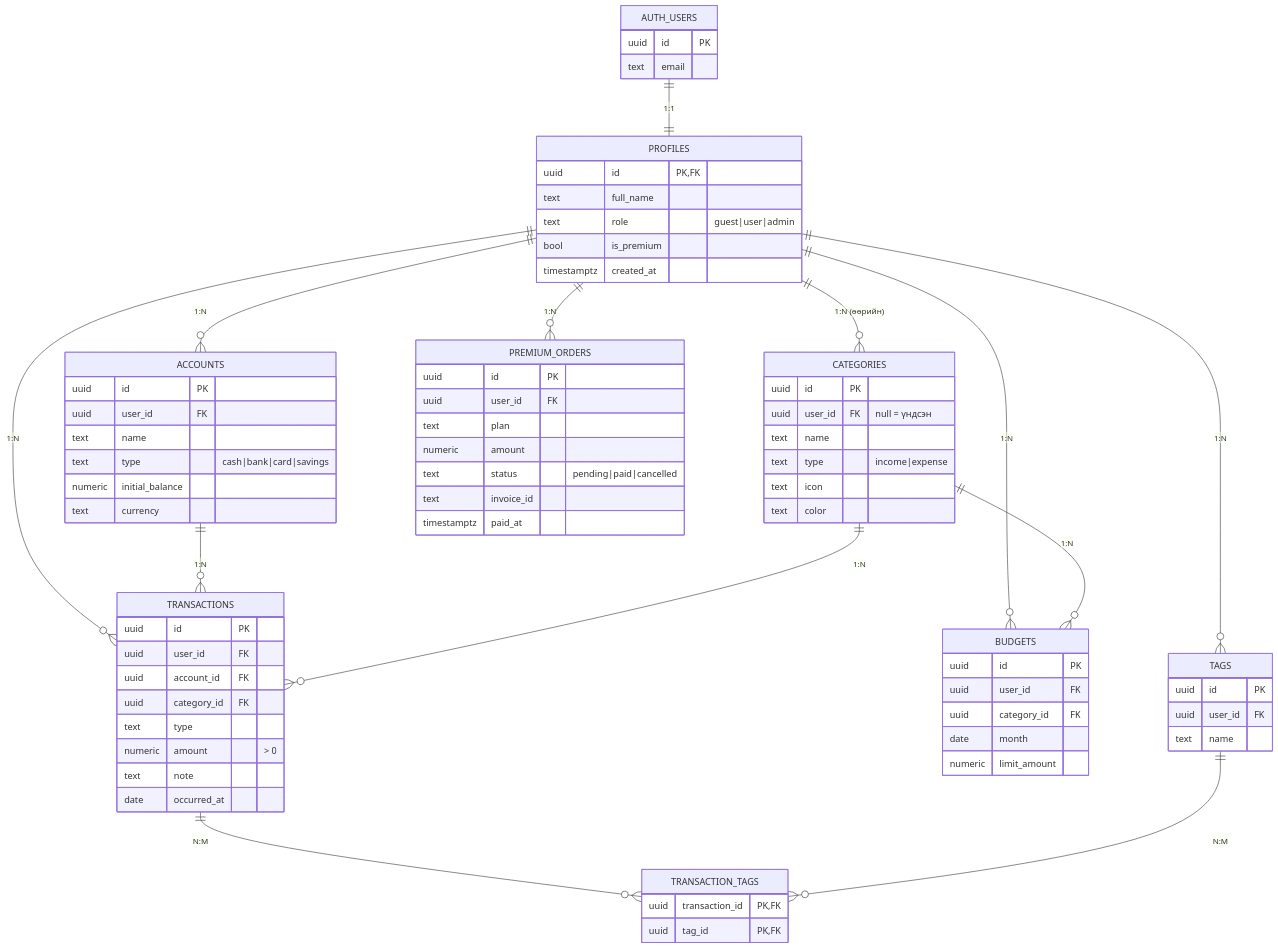
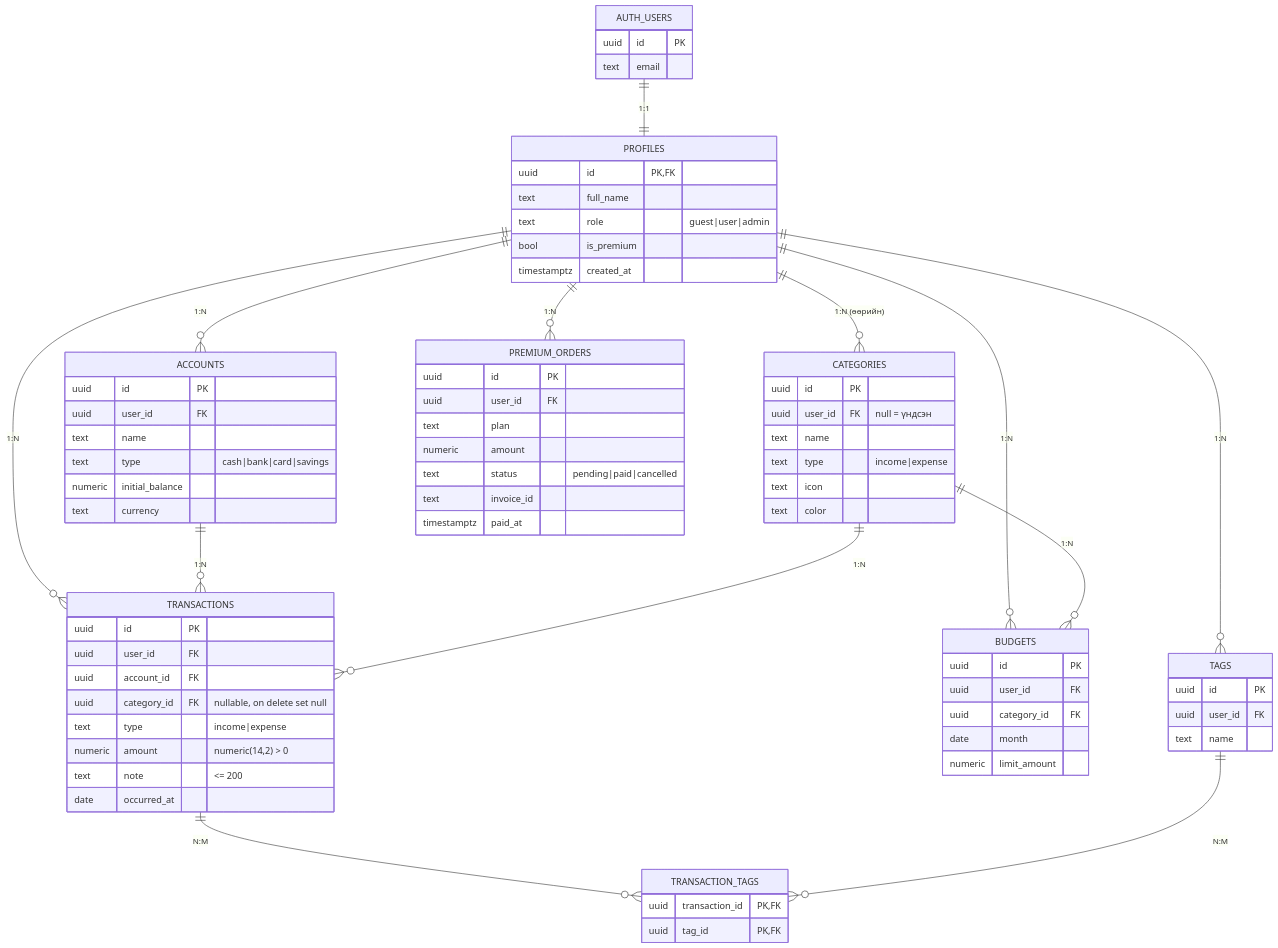
Before and after one commit to giikhnaranbattulga7-ship-i/finance-app-supabase: the diagram in docs/diagrams/erd.mmd, drawn with Mermaid. The commit also changed 6 other files, not shown here.

```diff
--- a/docs/diagrams/erd.mmd
+++ b/docs/diagrams/erd.mmd
@@ -1,57 +1,61 @@
+%% Authoritative source: supabase/schema.sql on this branch. Not a live-database export.
+%% 8 tables. account_balances is a security_invoker VIEW, not a ninth table.
+%% budgets.month is date (first day of the month). No statement_imports.
+%% premium_orders is schema only. It is not a working payment flow.
 erDiagram
   AUTH_USERS ||--|| PROFILES : "1:1"
   PROFILES ||--o{ ACCOUNTS : "1:N"
   PROFILES ||--o{ CATEGORIES : "1:N (өөрийн)"
   PROFILES ||--o{ TRANSACTIONS : "1:N"
   PROFILES ||--o{ BUDGETS : "1:N"
   PROFILES ||--o{ TAGS : "1:N"
   PROFILES ||--o{ PREMIUM_ORDERS : "1:N"
   ACCOUNTS ||--o{ TRANSACTIONS : "1:N"
   CATEGORIES ||--o{ TRANSACTIONS : "1:N"
   CATEGORIES ||--o{ BUDGETS : "1:N"
   TRANSACTIONS ||--o{ TRANSACTION_TAGS : "N:M"
   TAGS ||--o{ TRANSACTION_TAGS : "N:M"
   AUTH_USERS { uuid id PK
     text email }
   PROFILES { uuid id PK,FK
     text full_name
     text role "guest|user|admin"
     bool is_premium
     timestamptz created_at }
   ACCOUNTS { uuid id PK
     uuid user_id FK
     text name
     text type "cash|bank|card|savings"
     numeric initial_balance
     text currency }
   CATEGORIES { uuid id PK
     uuid user_id FK "null = үндсэн"
     text name
     text type "income|expense"
     text icon
     text color }
   TRANSACTIONS { uuid id PK
     uuid user_id FK
     uuid account_id FK
-    uuid category_id FK
-    text type
-    numeric amount "> 0"
-    text note
+    uuid category_id FK "nullable, on delete set null"
+    text type "income|expense"
+    numeric amount "numeric(14,2) > 0"
+    text note "<= 200"
     date occurred_at }
   BUDGETS { uuid id PK
     uuid user_id FK
     uuid category_id FK
     date month
     numeric limit_amount }
   TAGS { uuid id PK
     uuid user_id FK
     text name }
   TRANSACTION_TAGS { uuid transaction_id PK,FK
     uuid tag_id PK,FK }
   PREMIUM_ORDERS { uuid id PK
     uuid user_id FK
     text plan
     numeric amount
     text status "pending|paid|cancelled"
     text invoice_id
     timestamptz paid_at }
```
